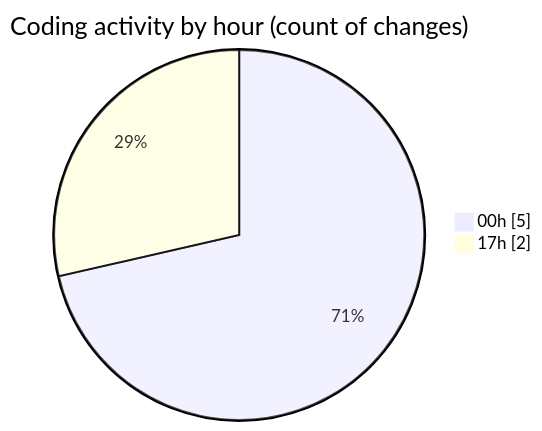
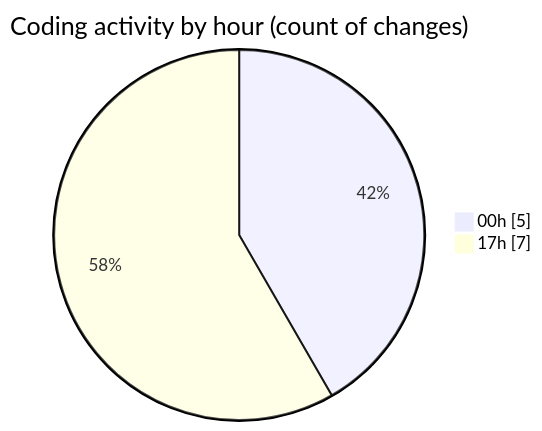
One commit to hasnaa123/code-tracking changed the second of 2 diagrams in 2026-04-12/chatserver/README.md. Above: the diagram before and after it, drawn with Mermaid. The commit also changed other lines of this file and 1 other file, not shown here.

````diff
--- a/2026-04-12/chatserver/README.md
+++ b/2026-04-12/chatserver/README.md
@@ -30,6 +31,6 @@
 ```mermaid
 pie showData
 title Coding activity by hour (count of changes)
 "00h" : 5
-"17h" : 2
+"17h" : 7
 ```
````
